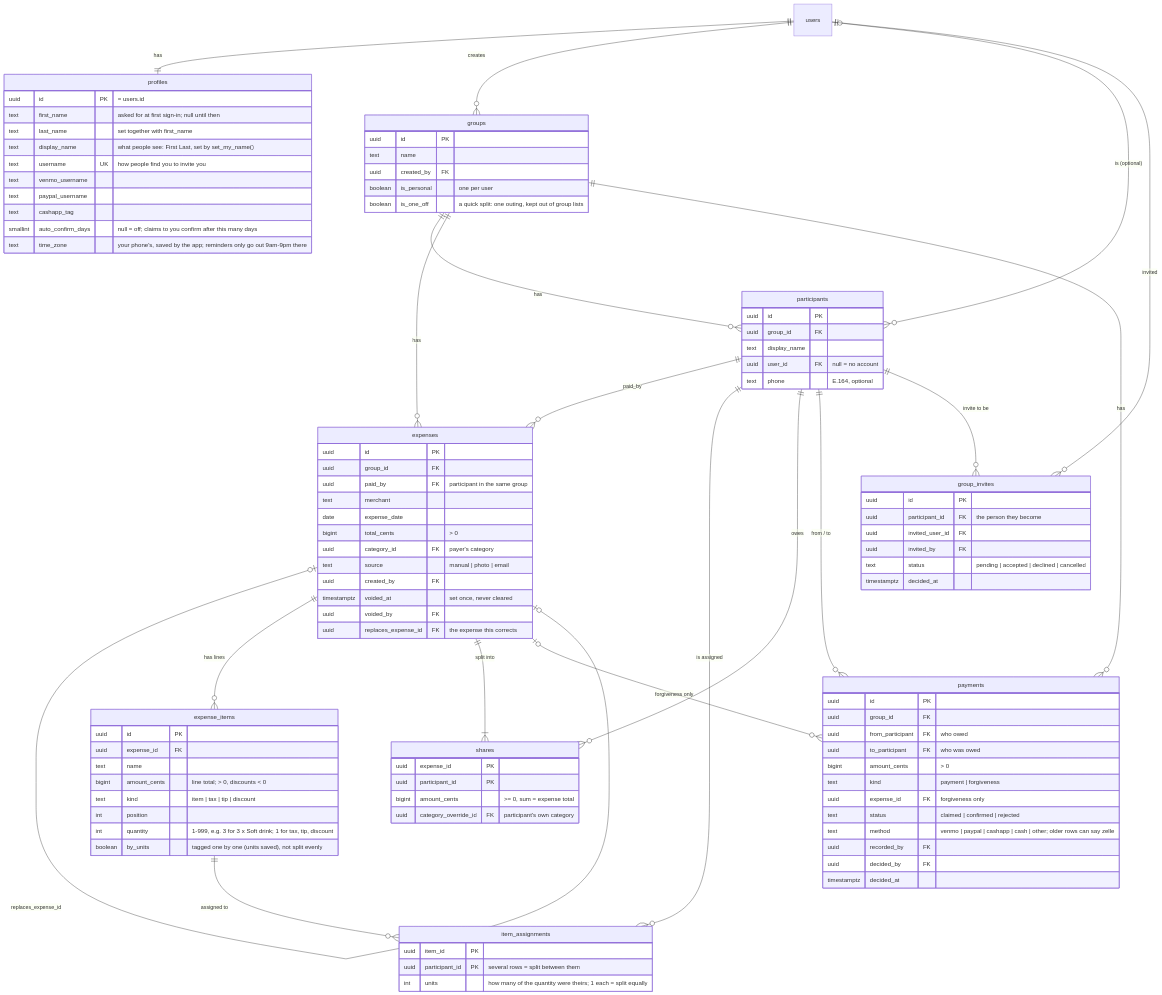
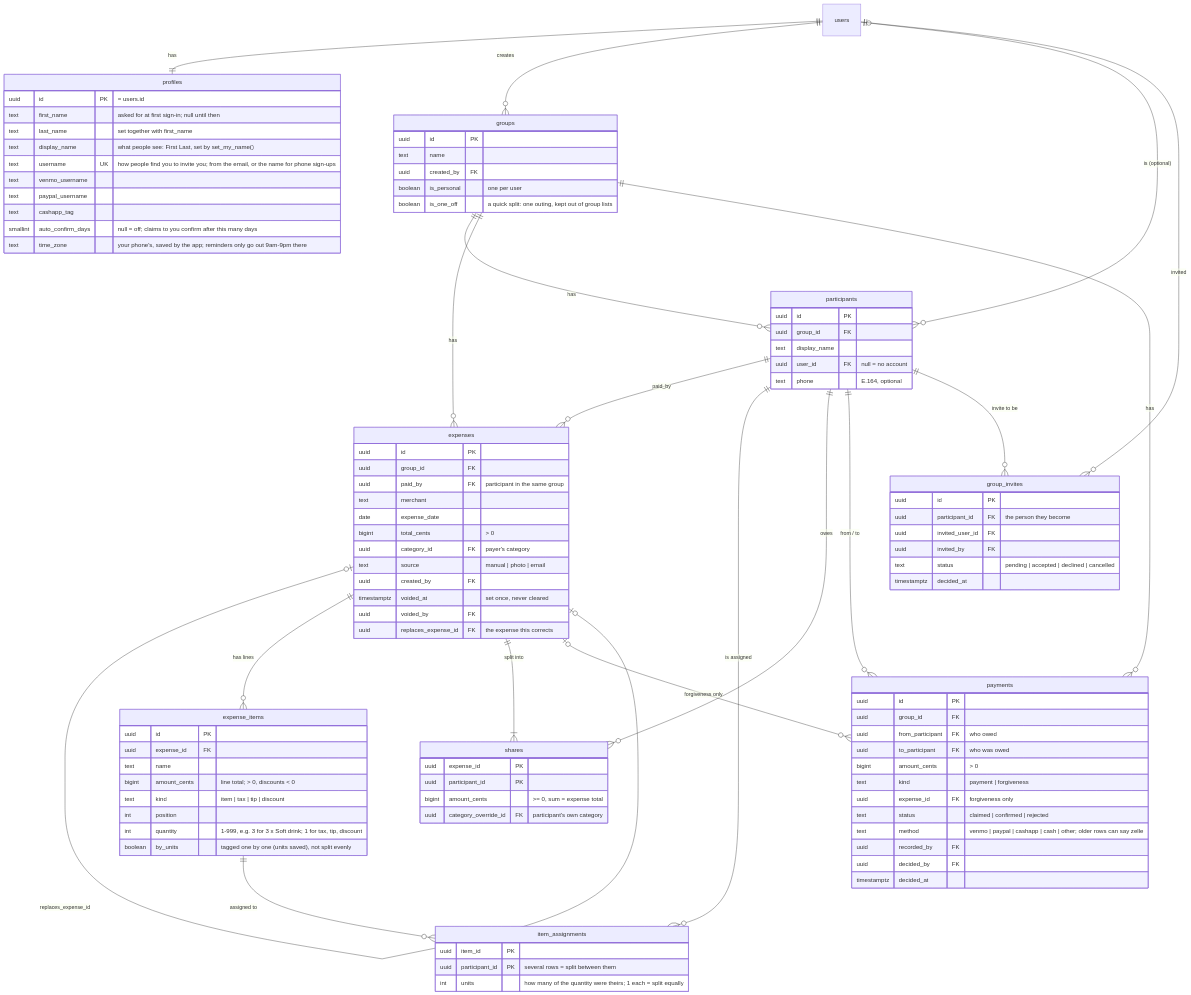
Before and after one commit to liyou2001/spendly: the first of 5 diagrams in DATA_MODEL.md, drawn with Mermaid. The commit also changed 9 other files, not shown here.

First line of the commit message:
Sign in with a phone number

```diff
--- a/DATA_MODEL.md
+++ b/DATA_MODEL.md
@@ -35,7 +35,7 @@
         text first_name "asked for at first sign-in; null until then"
         text last_name "set together with first_name"
         text display_name "what people see: First Last, set by set_my_name()"
-        text username UK "how people find you to invite you"
+        text username UK "how people find you to invite you; from the email, or the name for phone sign-ups"
         text venmo_username
         text paypal_username
         text cashapp_tag
```
